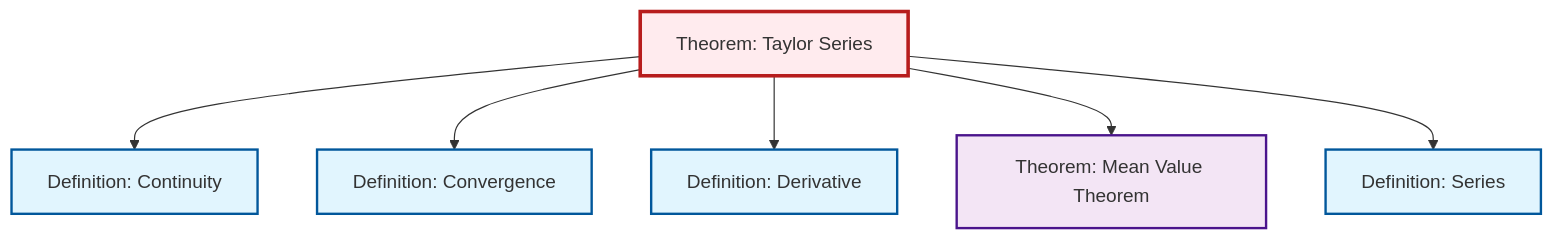
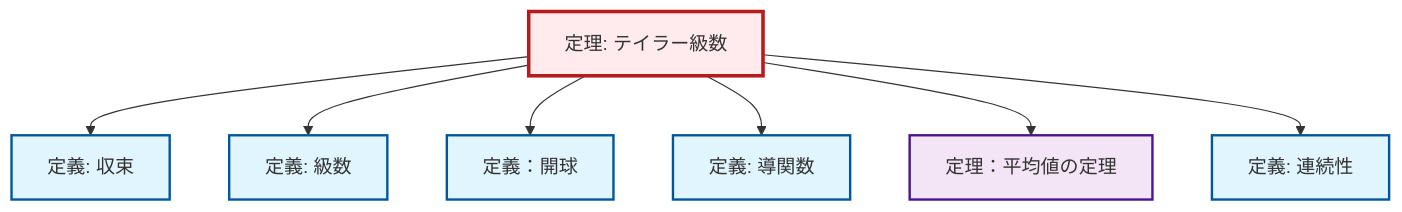
Before and after one commit to RK0429/ModernMath: the diagram in content/ja/analysis/thm-taylor-series.qmd, drawn with Mermaid. The commit also changed 1069 other files, not shown here.

````diff
--- a/content/ja/analysis/thm-taylor-series.qmd
+++ b/content/ja/analysis/thm-taylor-series.qmd
@@ -109,26 +109,29 @@
 ```{mermaid}
 %%| fig-cap: "Local dependency graph"
 graph TD
     classDef definition fill:#e1f5fe,stroke:#01579b,stroke-width:2px
     classDef theorem fill:#f3e5f5,stroke:#4a148c,stroke-width:2px
     classDef axiom fill:#fff3e0,stroke:#e65100,stroke-width:2px
     classDef example fill:#e8f5e9,stroke:#1b5e20,stroke-width:2px
     classDef current fill:#ffebee,stroke:#b71c1c,stroke-width:3px
-    def-convergence["Definition: Convergence"]:::definition
-    def-continuity["Definition: Continuity"]:::definition
-    def-series["Definition: Series"]:::definition
-    def-derivative["Definition: Derivative"]:::definition
-    thm-taylor-series["Theorem: Taylor Series"]:::theorem
-    thm-mean-value["Theorem: Mean Value Theorem"]:::theorem
-    thm-taylor-series --> def-continuity
+    def-series["定義: 級数"]:::definition
+    thm-mean-value["定理：平均値の定理"]:::theorem
+    def-convergence["定義: 収束"]:::definition
+    def-continuity["定義: 連続性"]:::definition
+    def-open-ball["定義：開球"]:::definition
+    thm-taylor-series["定理: テイラー級数"]:::theorem
+    def-derivative["定義: 導関数"]:::definition
     thm-taylor-series --> def-convergence
+    thm-taylor-series --> def-series
+    thm-taylor-series --> def-open-ball
     thm-taylor-series --> def-derivative
     thm-taylor-series --> thm-mean-value
-    thm-taylor-series --> def-series
+    thm-taylor-series --> def-continuity
     class thm-taylor-series current
-    click def-convergence "def-convergence.html" "Definition: Convergenceへ"
-    click def-continuity "def-continuity.html" "Definition: Continuityへ"
-    click def-series "def-series.html" "Definition: Seriesへ"
-    click def-derivative "def-derivative.html" "Definition: Derivativeへ"
-    click thm-mean-value "thm-mean-value.html" "Theorem: Mean Value Theoremへ"
+    click def-series "def-series.html" "級数の定義へ"
+    click thm-mean-value "thm-mean-value.html" "定理：平均値の定理へ"
+    click def-convergence "def-convergence.html" "収束の定義へ"
+    click def-continuity "def-continuity.html" "連続性の定義へ"
+    click def-open-ball "def-open-ball.html" "定義：開球へ"
+    click def-derivative "def-derivative.html" "導関数の定義へ"
 ```
````
